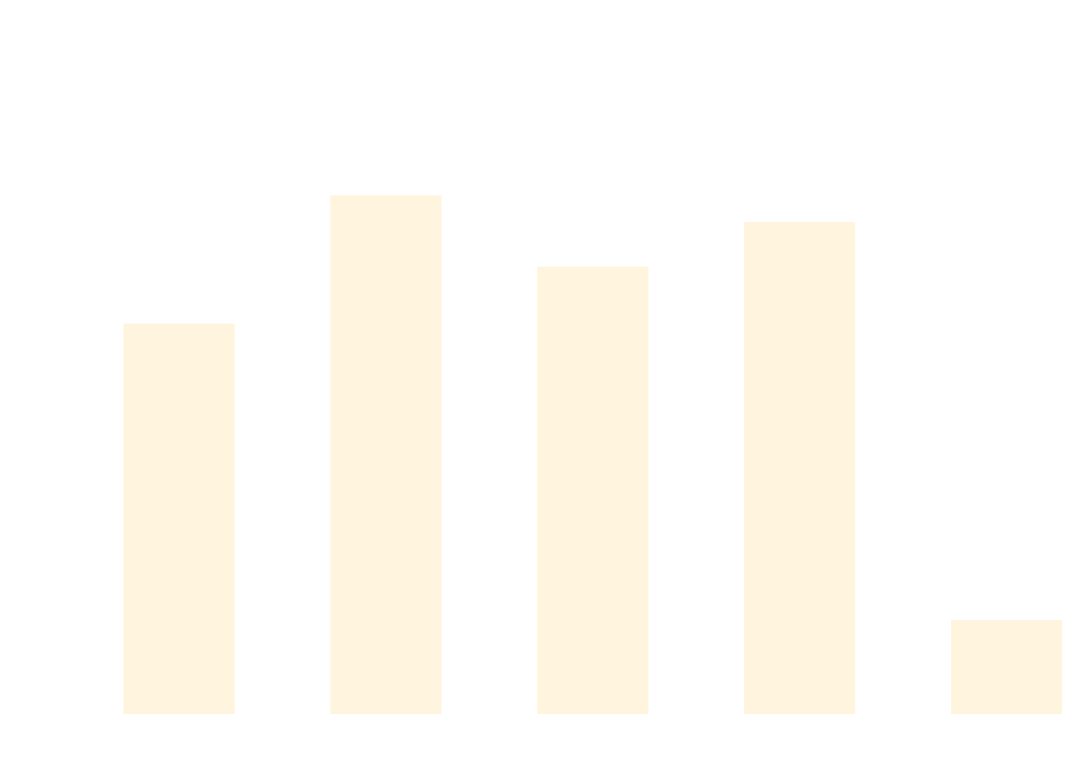
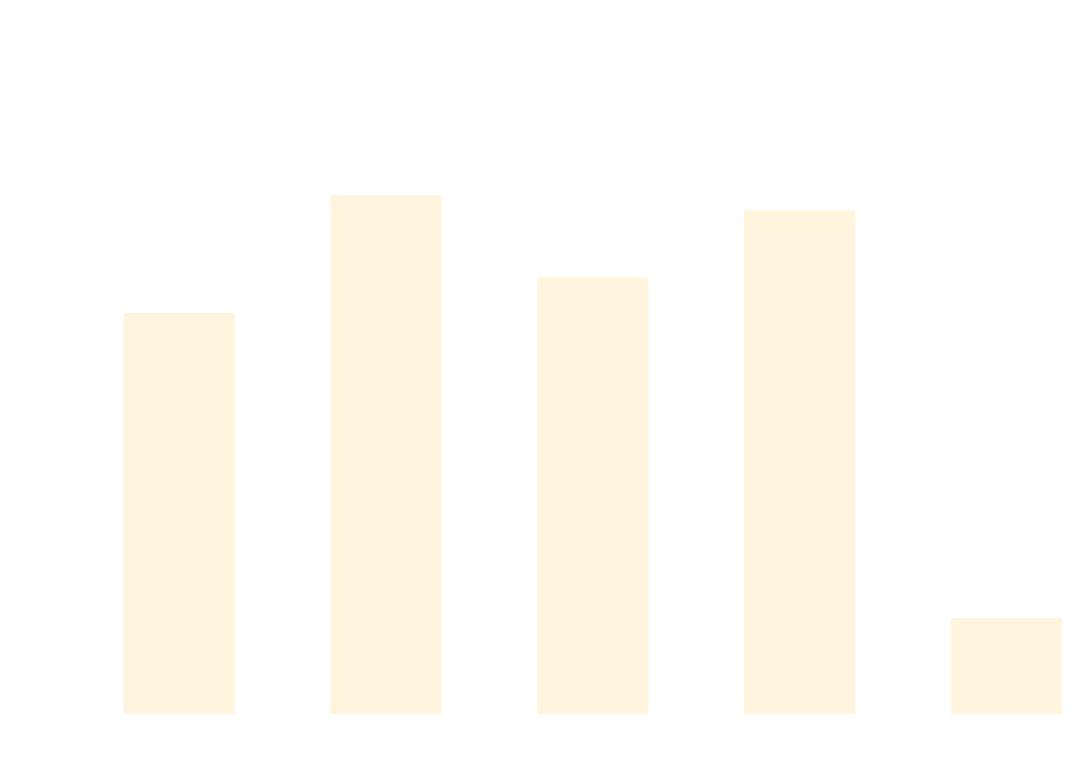
The diagram in docs/docs/benchmarks/AsyncTests.md (thomhurst/TUnit), drawn with Mermaid before and after one commit. The commit also changed other lines of this file and 17 other files, not shown here.

````diff
--- a/docs/docs/benchmarks/AsyncTests.md
+++ b/docs/docs/benchmarks/AsyncTests.md
@@ -27,37 +27,37 @@
 ```mermaid
 %%{init: {
   'theme':'base',
   'themeVariables': {
     'primaryColor': '#2563eb',
     'primaryTextColor': '#ffffff',
     'primaryBorderColor': '#1e40af',
     'lineColor': '#6b7280',
     'secondaryColor': '#7c3aed',
     'tertiaryColor': '#dc2626',
     'background': '#ffffff',
     'mainBkg': '#2563eb',
     'secondBkg': '#7c3aed',
     'tertiaryBkg': '#dc2626',
     'clusterBkg': '#f3f4f6',
     'edgeLabelBackground': '#ffffff',
     'tertiaryTextColor': '#1f2937',
     'pie1': '#2563eb',
     'pie2': '#7c3aed',
     'pie3': '#dc2626',
     'pie4': '#f59e0b',
     'pie5': '#10b981',
     'pie6': '#06b6d4',
     'pie7': '#ec4899',
     'pie8': '#6366f1',
     'pie9': '#84cc16',
     'pie10': '#f97316',
     'pie11': '#14b8a6',
     'pie12': '#a855f7'
   }
 }}%%
 xychart-beta
   title "AsyncTests Performance Comparison"
   x-axis ["TUnit", "NUnit", "MSTest", "xUnit3", "TUnit_AOT"]
-  y-axis "Time (ms)" 0 --> 931
-  bar [578.7, 775.5, 665.9, 734.2, 124.3]
+  y-axis "Time (ms)" 0 --> 907
+  bar [579.9, 755.5, 633.1, 733.1, 124.4]
 ```
````
